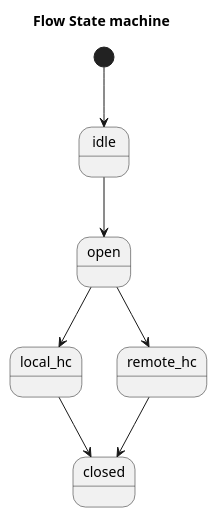
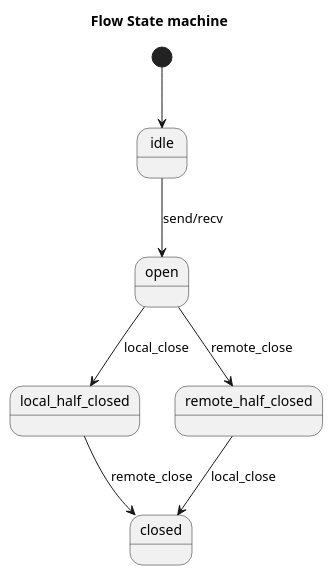
Before and after one commit to mqtt-ai/mqtt-over-quic: the first of 2 diagrams in spec/spec-mqtt-next.org, drawn with PlantUML. The commit also changed other lines of this file and 2 other files, not shown here.

```diff
--- a/spec/spec-mqtt-next.org
+++ b/spec/spec-mqtt-next.org
@@ -903,12 +924,11 @@
 #+begin_src plantuml :file flow-fsm.png
 @startuml
 Title Flow State machine
-
 [*] --> idle
-idle --> open
-open --> local_hc
-open --> remote_hc
-local_hc --> closed
-remote_hc --> closed
+idle --> open: send/recv
+open --> local_half_closed: local_close
+open --> remote_half_closed: remote_close
+local_half_closed --> closed: remote_close
+remote_half_closed --> closed: local_close
 @endump
 #+end_src
```
